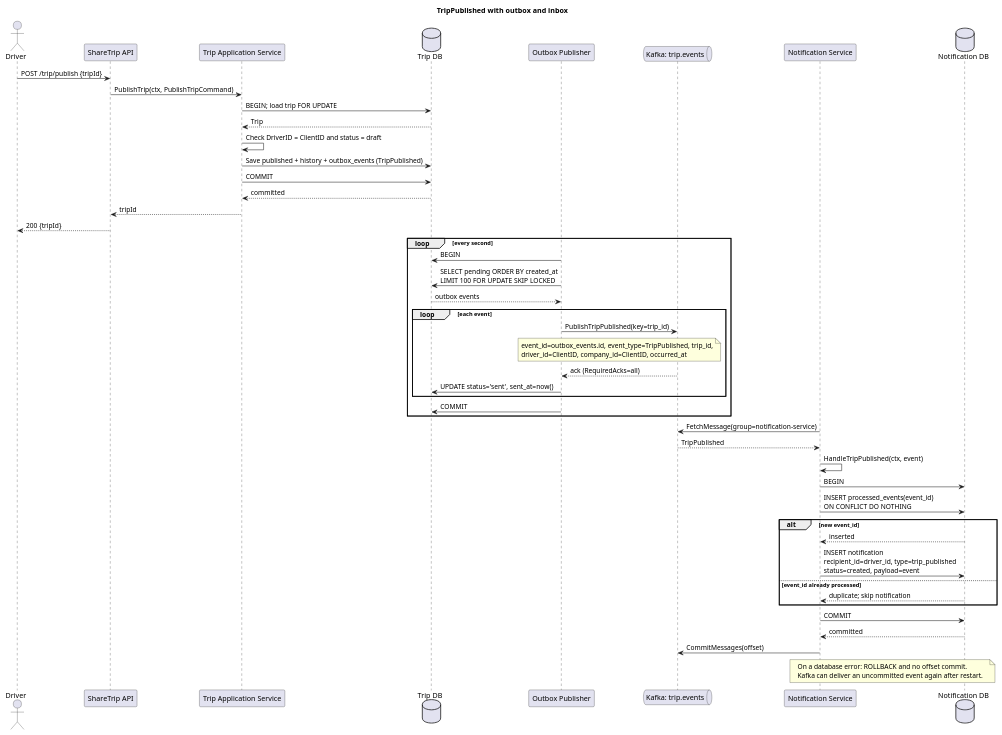
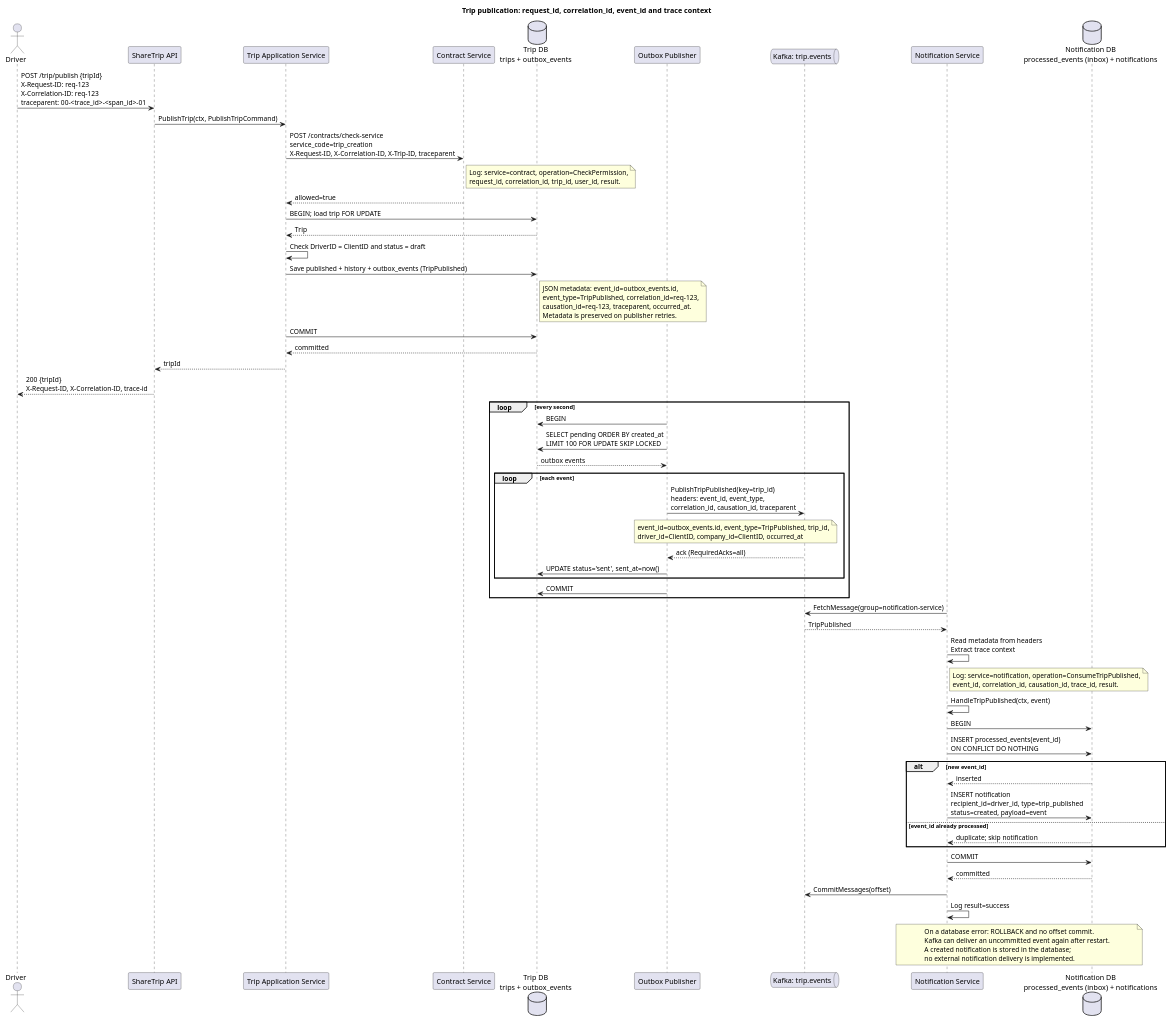
The diagram in docs/publish_trip.puml (anton415/share_trip), drawn with PlantUML before and after one commit. The commit also changed 27 other files, not shown here.

```diff
--- a/docs/publish_trip.puml
+++ b/docs/publish_trip.puml
@@ -1,60 +1,81 @@
 @startuml
-title TripPublished with outbox and inbox
+title Trip publication: request_id, correlation_id, event_id and trace context
 
 actor Driver
 participant "ShareTrip API" as API
 participant "Trip Application Service" as TripService
-database "Trip DB" as TripDB
+participant "Contract Service" as Contract
+database "Trip DB\ntrips + outbox_events" as TripDB
 participant "Outbox Publisher" as Publisher
 queue "Kafka: trip.events" as Kafka
 participant "Notification Service" as Notification
-database "Notification DB" as NotificationDB
+database "Notification DB\nprocessed_events (inbox) + notifications" as NotificationDB
 
-Driver -> API: POST /trip/publish {tripId}
+Driver -> API: POST /trip/publish {tripId}\nX-Request-ID: req-123\nX-Correlation-ID: req-123\ntraceparent: 00-<trace_id>-<span_id>-01
 API -> TripService: PublishTrip(ctx, PublishTripCommand)
+TripService -> Contract: POST /contracts/check-service\nservice_code=trip_creation\nX-Request-ID, X-Correlation-ID, X-Trip-ID, traceparent
+note right of Contract
+  Log: service=contract, operation=CheckPermission,
+  request_id, correlation_id, trip_id, user_id, result.
+end note
+Contract --> TripService: allowed=true
 TripService -> TripDB: BEGIN; load trip FOR UPDATE
 TripDB --> TripService: Trip
 TripService -> TripService: Check DriverID = ClientID and status = draft
 TripService -> TripDB: Save published + history + outbox_events (TripPublished)
+note right of TripDB
+  JSON metadata: event_id=outbox_events.id,
+  event_type=TripPublished, correlation_id=req-123,
+  causation_id=req-123, traceparent, occurred_at.
+  Metadata is preserved on publisher retries.
+end note
 TripService -> TripDB: COMMIT
 TripDB --> TripService: committed
 
 TripService --> API: tripId
-API --> Driver: 200 {tripId}
+API --> Driver: 200 {tripId}\nX-Request-ID, X-Correlation-ID, trace-id
 
 loop every second
   Publisher -> TripDB: BEGIN
   Publisher -> TripDB: SELECT pending ORDER BY created_at\nLIMIT 100 FOR UPDATE SKIP LOCKED
   TripDB --> Publisher: outbox events
   loop each event
-    Publisher -> Kafka: PublishTripPublished(key=trip_id)
+    Publisher -> Kafka: PublishTripPublished(key=trip_id)\nheaders: event_id, event_type,\ncorrelation_id, causation_id, traceparent
     note over Publisher, Kafka
       event_id=outbox_events.id, event_type=TripPublished, trip_id,
       driver_id=ClientID, company_id=ClientID, occurred_at
     end note
     Kafka --> Publisher: ack (RequiredAcks=all)
     Publisher -> TripDB: UPDATE status='sent', sent_at=now()
   end
   Publisher -> TripDB: COMMIT
 end
 
 Notification -> Kafka: FetchMessage(group=notification-service)
 Kafka --> Notification: TripPublished
+Notification -> Notification: Read metadata from headers\nExtract trace context
+note right of Notification
+  Log: service=notification, operation=ConsumeTripPublished,
+  event_id, correlation_id, causation_id, trace_id, result.
+end note
 Notification -> Notification: HandleTripPublished(ctx, event)
 Notification -> NotificationDB: BEGIN
 Notification -> NotificationDB: INSERT processed_events(event_id)\nON CONFLICT DO NOTHING
 alt new event_id
   NotificationDB --> Notification: inserted
   Notification -> NotificationDB: INSERT notification\nrecipient_id=driver_id, type=trip_published\nstatus=created, payload=event
 else event_id already processed
   NotificationDB --> Notification: duplicate; skip notification
 end
 Notification -> NotificationDB: COMMIT
 NotificationDB --> Notification: committed
 Notification -> Kafka: CommitMessages(offset)
+Notification -> Notification: Log result=success
 
 note over Notification, NotificationDB
   On a database error: ROLLBACK and no offset commit.
   Kafka can deliver an uncommitted event again after restart.
+  A created notification is stored in the database;
+  no external notification delivery is implemented.
 end note
 @enduml
```
